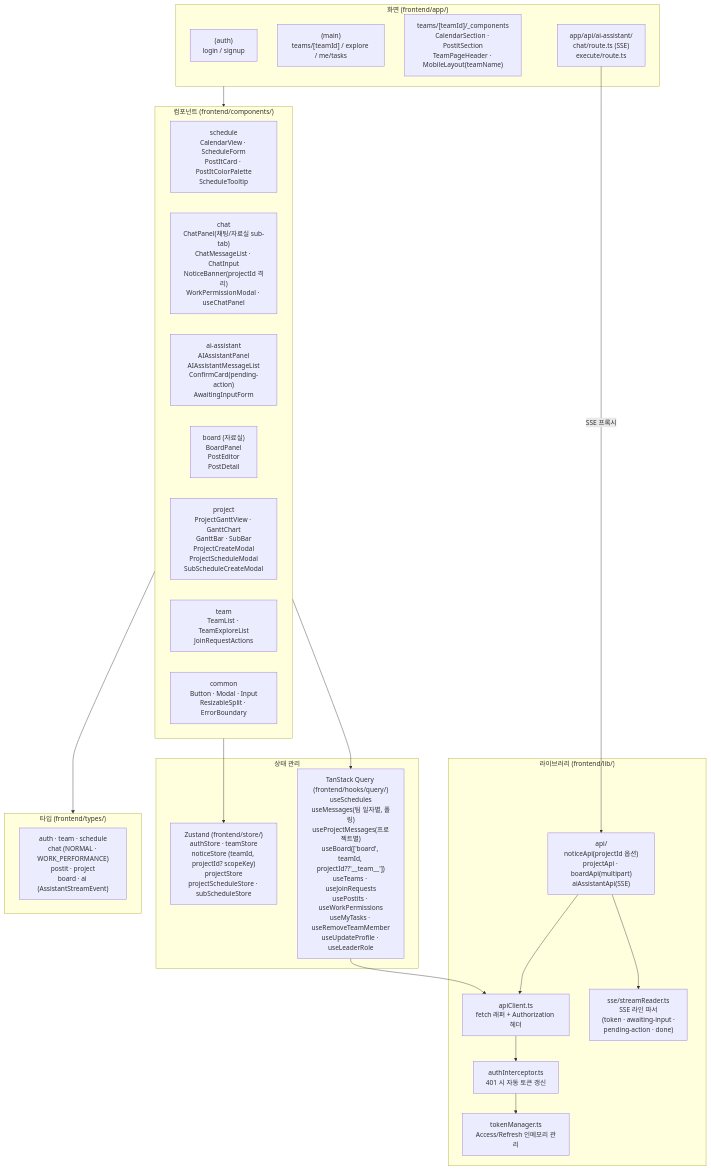
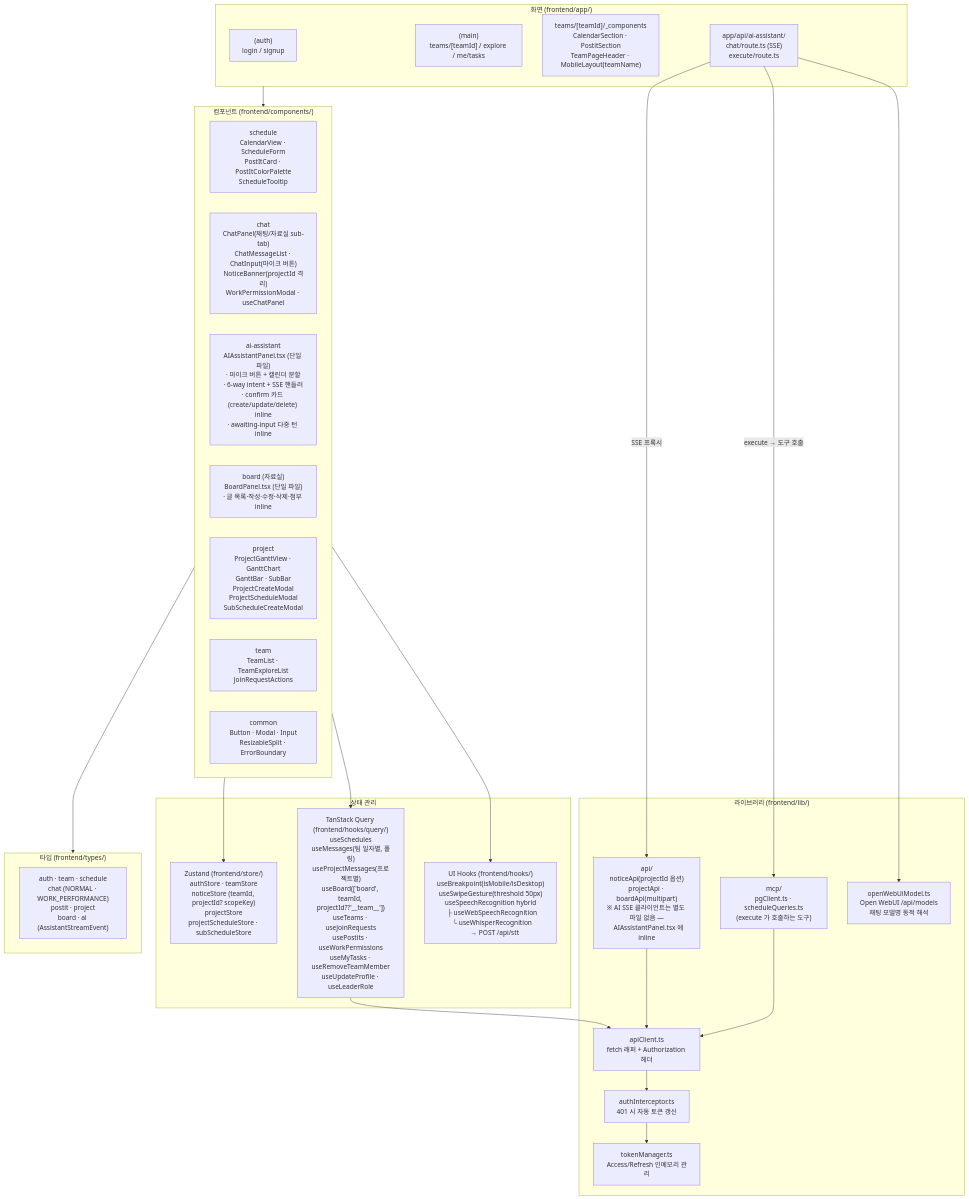
The fourth of 7 diagrams in docs/5-tech-arch-diagram.md (kreon720-ctrl/team-works), drawn with Mermaid before and after one commit. The commit also changed other lines of this file and 8 other files, not shown here.

````diff
--- a/docs/5-tech-arch-diagram.md
+++ b/docs/5-tech-arch-diagram.md
@@ -97,47 +103,52 @@
 ```mermaid
 graph TB
     subgraph Pages["화면 (frontend/app/)"]
         Auth["(auth)\nlogin / signup"]
         Main["(main)\nteams/[teamId] / explore / me/tasks"]
         TeamPage["teams/[teamId]/_components\nCalendarSection · PostitSection\nTeamPageHeader · MobileLayout(teamName)"]
         BFF["app/api/ai-assistant/\nchat/route.ts (SSE)\nexecute/route.ts"]
     end
 
     subgraph Components["컴포넌트 (frontend/components/)"]
         Schedule["schedule\nCalendarView · ScheduleForm\nPostItCard · PostItColorPalette\nScheduleTooltip"]
-        Chat["chat\nChatPanel(채팅/자료실 sub-tab)\nChatMessageList · ChatInput\nNoticeBanner(projectId 격리)\nWorkPermissionModal · useChatPanel"]
-        AIAsst["ai-assistant\nAIAssistantPanel\nAIAssistantMessageList\nConfirmCard(pending-action)\nAwaitingInputForm"]
-        Board["board (자료실)\nBoardPanel\nPostEditor\nPostDetail"]
+        Chat["chat\nChatPanel(채팅/자료실 sub-tab)\nChatMessageList · ChatInput(마이크 버튼)\nNoticeBanner(projectId 격리)\nWorkPermissionModal · useChatPanel"]
+        AIAsst["ai-assistant\nAIAssistantPanel.tsx (단일 파일)\n· 마이크 버튼 + 캘린더 분할\n· 6-way intent + SSE 핸들러\n· confirm 카드 (create/update/delete) inline\n· awaiting-input 다중 턴 inline"]
+        Board["board (자료실)\nBoardPanel.tsx (단일 파일)\n· 글 목록·작성·수정·삭제·첨부 inline"]
         Project["project\nProjectGanttView · GanttChart\nGanttBar · SubBar\nProjectCreateModal\nProjectScheduleModal\nSubScheduleCreateModal"]
         Team["team\nTeamList · TeamExploreList\nJoinRequestActions"]
         Common["common\nButton · Modal · Input\nResizableSplit · ErrorBoundary"]
     end
 
     subgraph State["상태 관리"]
         Zustand["Zustand (frontend/store/)\nauthStore · teamStore\nnoticeStore (teamId, projectId? scopeKey)\nprojectStore\nprojectScheduleStore · subScheduleStore"]
         TQ["TanStack Query (frontend/hooks/query/)\nuseSchedules\nuseMessages(팀 일자별, 폴링)\nuseProjectMessages(프로젝트별)\nuseBoard(['board', teamId, projectId??'__team__'])\nuseTeams · useJoinRequests\nusePostits · useWorkPermissions\nuseMyTasks · useRemoveTeamMember\nuseUpdateProfile · useLeaderRole"]
+        UIHooks["UI Hooks (frontend/hooks/)\nuseBreakpoint(isMobile/isDesktop)\nuseSwipeGesture(threshold 50px)\nuseSpeechRecognition hybrid\n  ├ useWebSpeechRecognition\n  └ useWhisperRecognition\n     → POST /api/stt"]
     end
 
     subgraph Lib["라이브러리 (frontend/lib/)"]
         ApiClient["apiClient.ts\nfetch 래퍼 + Authorization 헤더"]
         Interceptor["authInterceptor.ts\n401 시 자동 토큰 갱신"]
         TokenMgr["tokenManager.ts\nAccess/Refresh 인메모리 관리"]
-        DomainApi["api/\nnoticeApi(projectId 옵션)\nprojectApi · boardApi(multipart)\naiAssistantApi(SSE)"]
-        SSE["sse/streamReader.ts\nSSE 라인 파서\n(token · awaiting-input ·\n pending-action · done)"]
+        DomainApi["api/\nnoticeApi(projectId 옵션)\nprojectApi · boardApi(multipart)\n※ AI SSE 클라이언트는 별도 파일 없음 —\n   AIAssistantPanel.tsx 에 inline"]
+        MCP["mcp/\npgClient.ts · scheduleQueries.ts\n(execute 가 호출하는 도구)"]
+        OWUI["openWebUiModel.ts\nOpen WebUI /api/models\n채팅 모델명 동적 해석"]
     end
 
     subgraph Types["타입 (frontend/types/)"]
         TT["auth · team · schedule\nchat (NORMAL · WORK_PERFORMANCE)\npostit · project\nboard · ai (AssistantStreamEvent)"]
     end
 
     Pages --> Components
     BFF -- "SSE 프록시" --> DomainApi
     Components --> Zustand
     Components --> TQ
+    Components --> UIHooks
     TQ --> ApiClient
     ApiClient --> Interceptor
     Interceptor --> TokenMgr
     DomainApi --> ApiClient
-    DomainApi --> SSE
+    BFF -- "execute → 도구 호출" --> MCP
+    MCP --> ApiClient
+    BFF --> OWUI
     Components --> Types
 ```
````
